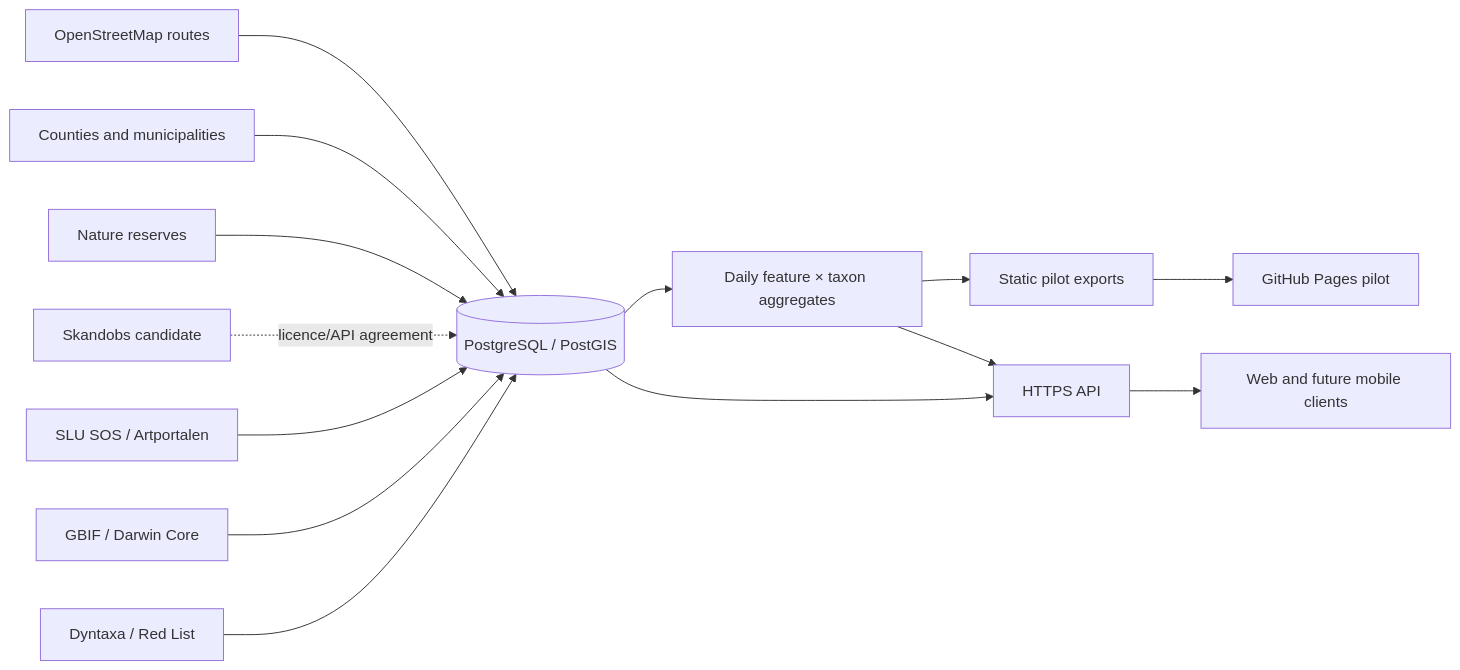
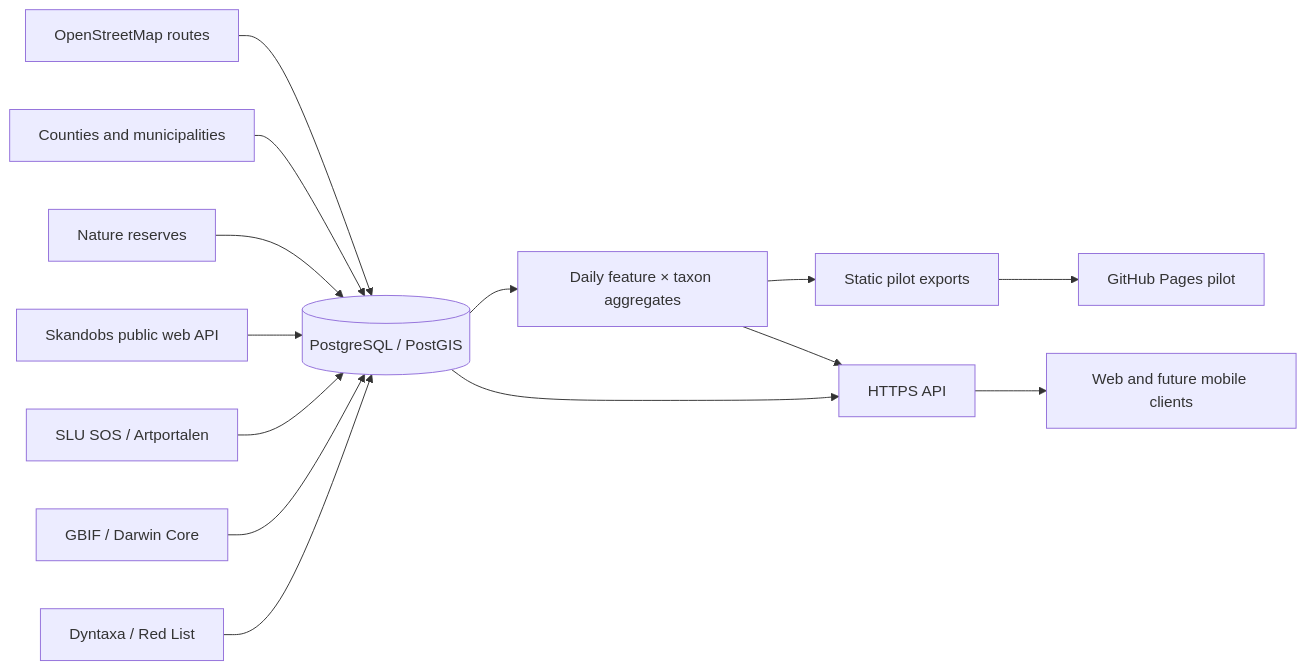
Before and after one commit to JakubPelka/VildaLeder: the diagram in README.md, drawn with Mermaid. The commit also changed other lines of this file and 17 other files, not shown here.

````diff
--- a/README.md
+++ b/README.md
@@ -205,16 +228,16 @@
 ```mermaid
 flowchart LR
     OSM[OpenStreetMap routes] --> DB[(PostgreSQL / PostGIS)]
     Admin[Counties and municipalities] --> DB
     Reserves[Nature reserves] --> DB
-    Skandobs[Skandobs candidate] -. licence/API agreement .-> DB
+    Skandobs[Skandobs public web API] --> DB
     SOS[SLU SOS / Artportalen] --> DB
     GBIF[GBIF / Darwin Core] --> DB
     Taxa[Dyntaxa / Red List] --> DB
     DB --> Daily[Daily feature × taxon aggregates]
     Daily --> Export[Static pilot exports]
     Daily --> API[HTTPS API]
     DB --> API
     Export --> Web[GitHub Pages pilot]
     API --> Clients[Web and future mobile clients]
 ```
````
